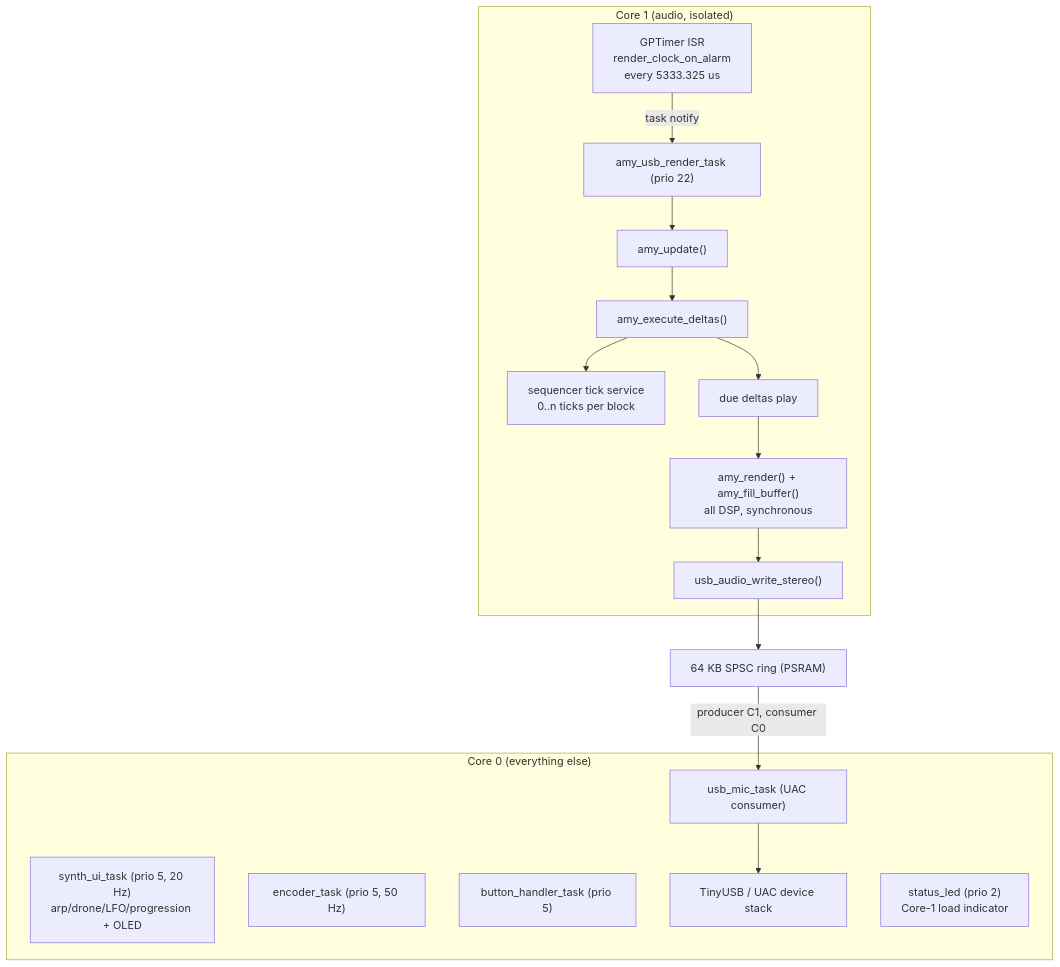
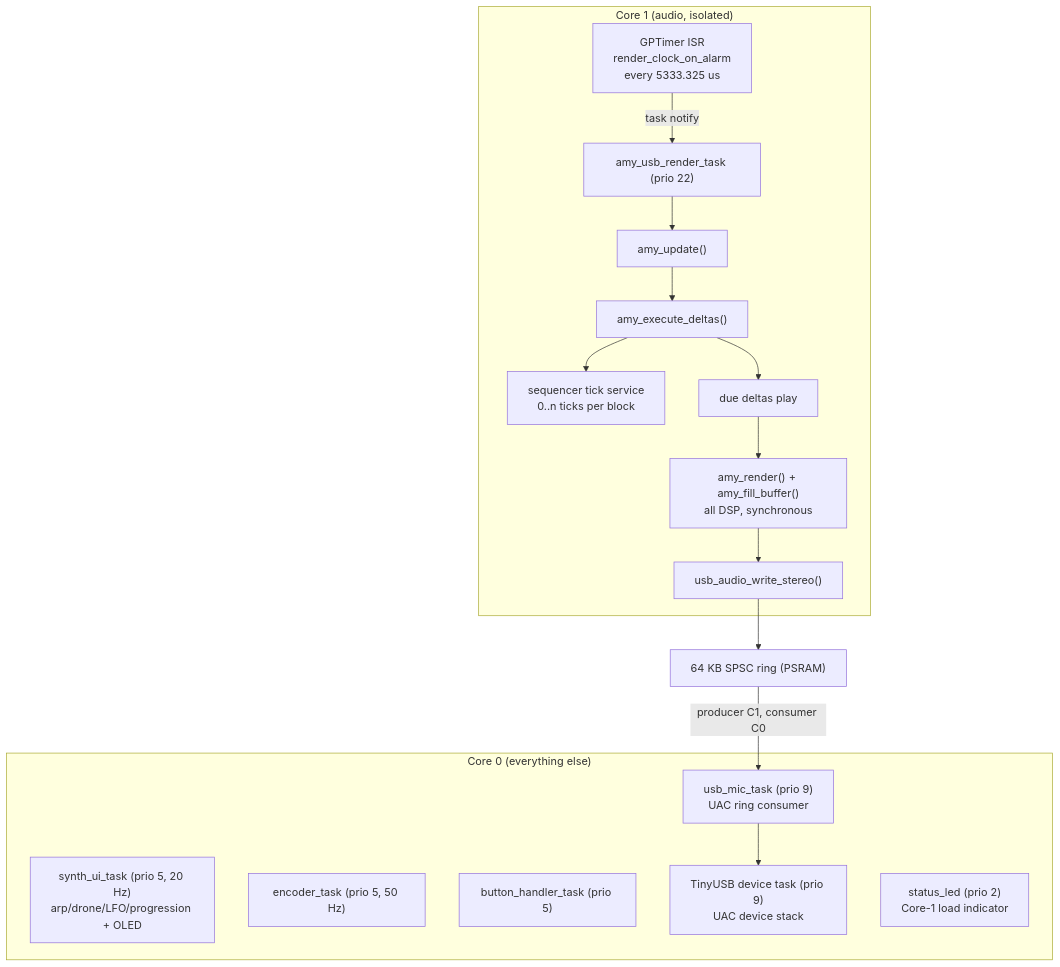
The first of 4 diagrams in RUNTIME-ARCHITECTURE.md (cxandy/S3-Amysynth), drawn with Mermaid before and after one commit. The commit also changed other lines of this file and 7 other files, not shown here.

First line of the commit message:
Docs: realign architecture docs and the AMY-EDITS ledger with the current tree

````diff
--- a/RUNTIME-ARCHITECTURE.md
+++ b/RUNTIME-ARCHITECTURE.md
@@ -17,23 +17,23 @@
 ```mermaid
 flowchart TD
     subgraph Core1["Core 1 (audio, isolated)"]
         A["GPTimer ISR<br/>render_clock_on_alarm<br/>every 5333.325 us"] -->|task notify| B["amy_usb_render_task (prio 22)"]
         B --> C["amy_update()"]
         C --> S1["amy_execute_deltas()"]
         S1 --> S2["sequencer tick service<br/>0..n ticks per block"]
         S1 --> S3["due deltas play"]
         S3 --> N["amy_render() + amy_fill_buffer()<br/>all DSP, synchronous"]
         N --> D["usb_audio_write_stereo()"]
     end
     subgraph Core0["Core 0 (everything else)"]
         F["synth_ui_task (prio 5, 20 Hz)<br/>arp/drone/LFO/progression + OLED"]
         G["encoder_task (prio 5, 50 Hz)"]
         H["button_handler_task (prio 5)"]
-        I["usb_mic_task (UAC consumer)"]
-        J["TinyUSB / UAC device stack"]
+        I["usb_mic_task (prio 9)<br/>UAC ring consumer"]
+        J["TinyUSB device task (prio 9)<br/>UAC device stack"]
         K["status_led (prio 2)<br/>Core-1 load indicator"]
     end
     D --> R["64 KB SPSC ring (PSRAM)"]
     R -->|producer C1, consumer C0| I
     I --> J
 ```
````
